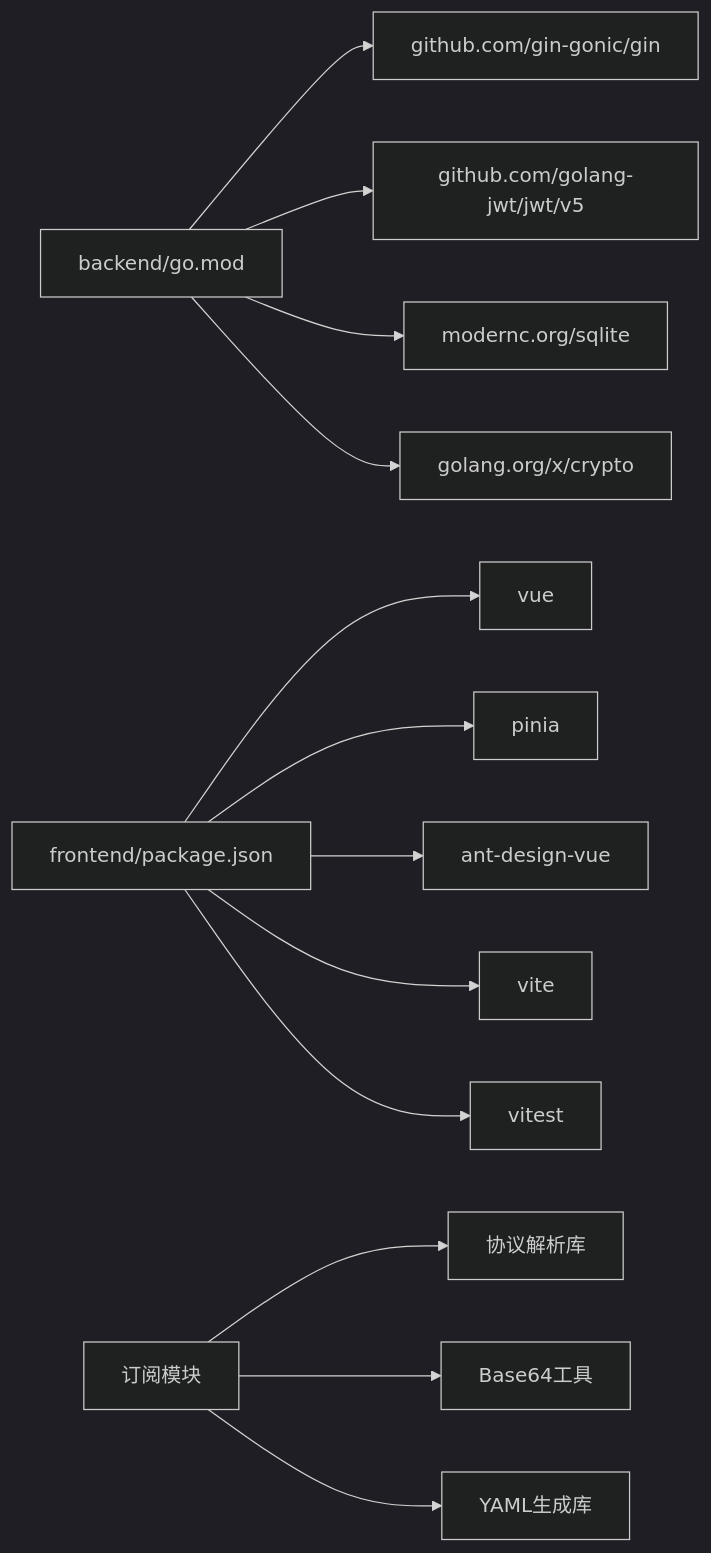
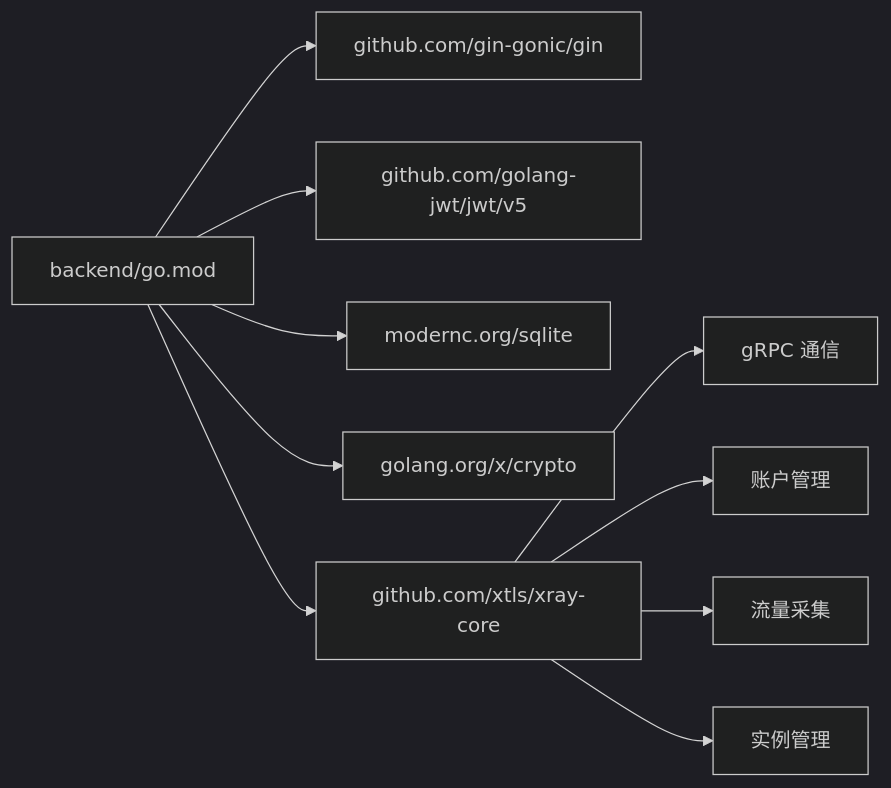
Before and after one commit to AlcaProphet/VPN-Subscription-Management: the tenth of 10 diagrams in .qoder/repowiki/zh/content/开发指南/开发指南.md, drawn with Mermaid (dark theme). The commit also changed other lines of this file and 102 other files, not shown here.

````diff
--- a/.qoder/repowiki/zh/content/开发指南/开发指南.md
+++ b/.qoder/repowiki/zh/content/开发指南/开发指南.md
@@ -461,15 +471,12 @@
 ```mermaid
 graph LR
 A["backend/go.mod"] --> B["github.com/gin-gonic/gin"]
 A --> C["github.com/golang-jwt/jwt/v5"]
 A --> D["modernc.org/sqlite"]
 A --> E["golang.org/x/crypto"]
-F["frontend/package.json"] --> G["vue"]
-F --> H["pinia"]
-F --> I["ant-design-vue"]
-F --> J["vite"]
-F --> K["vitest"]
-L["订阅模块"] --> M["协议解析库"]
-L --> N["Base64工具"]
-L --> O["YAML生成库"]
+A --> F["github.com/xtls/xray-core"]
+F --> G["gRPC 通信"]
+F --> H["账户管理"]
+F --> I["流量采集"]
+F --> J["实例管理"]
 ```
````
